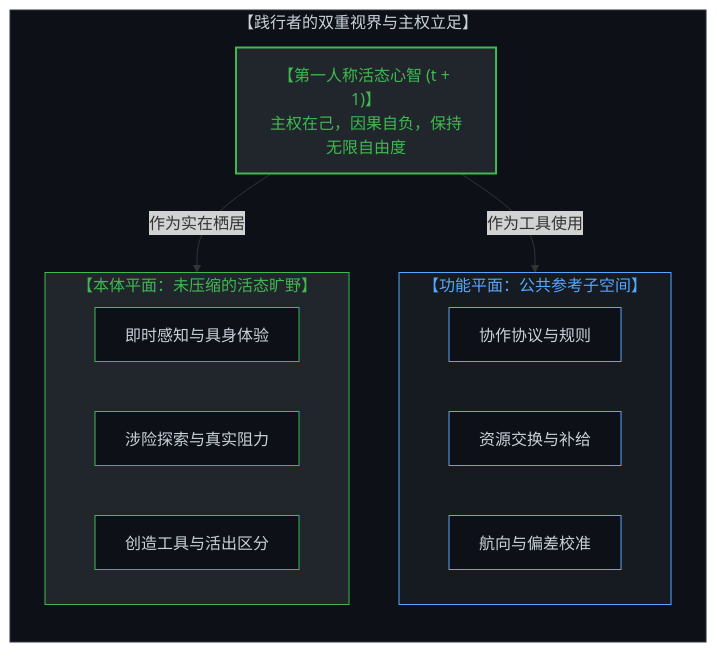
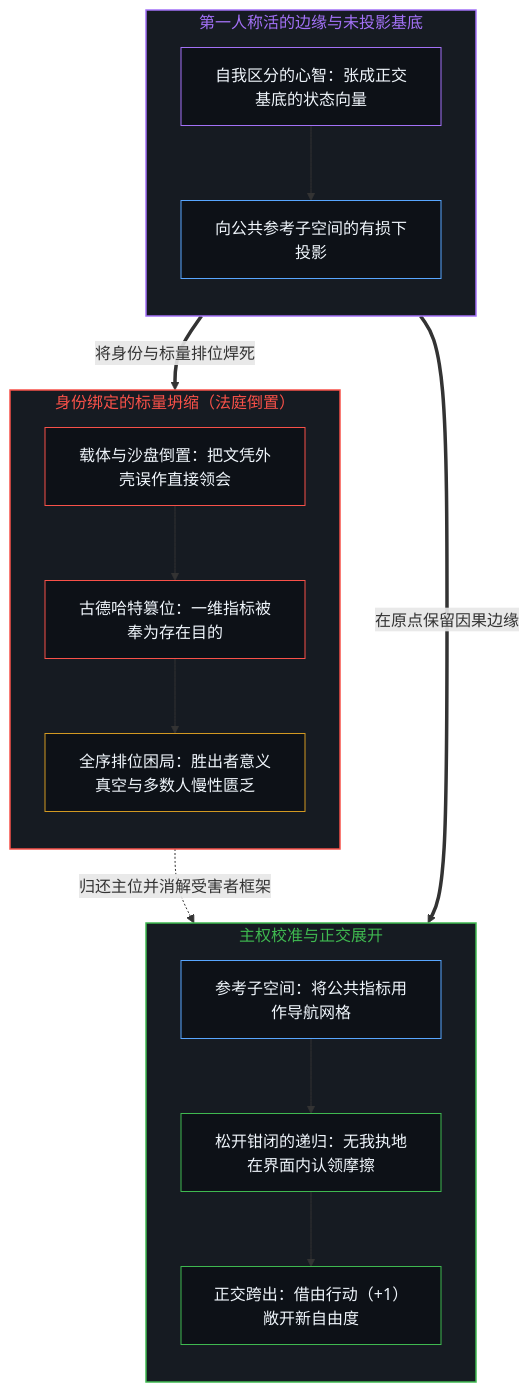
Before and after one commit to powerpig99/not-a-toe: the first of 2 diagrams in content/posts/coordinate-systems-mind-and-degrees-of-freedom.md, drawn with Mermaid. The commit also changed other lines of this file and 3 other files, not shown here.

````diff
--- a/content/posts/coordinate-systems-mind-and-degrees-of-freedom.md
+++ b/content/posts/coordinate-systems-mind-and-degrees-of-freedom.md
@@ -265,35 +41,41 @@
 ```mermaid
-graph TB
-    subgraph LivingPractice["【践行者的双重视界与主权立足】"]
+flowchart TD
+    subgraph S_Ground["第一人称活的边缘与未投影基底"]
         direction TB
-        MindOrigin["【第一人称活态心智 (t + 1)】<br>主权在己，因果自负，保持无限自由度"]
-        
-        subgraph FunctionalPlane["【功能平面：公共参考子空间】"]
-            direction LR
-            Protocol["协作协议与规则"]
-            Exchange["资源交换与补给"]
-            Calibration["航向与偏差校准"]
-        end
-        
-        subgraph DeepReality["【本体平面：未压缩的活态旷野】"]
-            direction LR
-            DirectSensation["即时感知与具身体验"]
-            AuthenticRisk["涉险探索与真实阻力"]
-            LivingCreation["创造工具与活出区分"]
-        end
-
-        MindOrigin -->|"作为工具使用"| FunctionalPlane
-        MindOrigin -->|"作为实在栖居"| DeepReality
+        Origin["自我区分的心智：张成正交基底的状态向量"]
+        Projection["向公共参考子空间的有损下投影"]
+        Origin --> Projection
     end
 
-    style LivingPractice fill:#0d1117,stroke:#30363d,stroke-width:1px,color:#c9d1d9
-    style MindOrigin fill:#21262d,stroke:#3fb950,stroke-width:2px,color:#3fb950
-    style FunctionalPlane fill:#161b22,stroke:#58a6ff,stroke-width:1px,color:#58a6ff
-    style DeepReality fill:#21262d,stroke:#3fb950,stroke-width:1px,color:#3fb950
-    style Protocol fill:#0d1117,stroke:#58a6ff,stroke-width:1px,color:#c9d1d9
-    style Exchange fill:#0d1117,stroke:#58a6ff,stroke-width:1px,color:#c9d1d9
-    style Calibration fill:#0d1117,stroke:#58a6ff,stroke-width:1px,color:#c9d1d9
-    style DirectSensation fill:#0d1117,stroke:#3fb950,stroke-width:1px,color:#c9d1d9
-    style AuthenticRisk fill:#0d1117,stroke:#3fb950,stroke-width:1px,color:#c9d1d9
-    style LivingCreation fill:#0d1117,stroke:#3fb950,stroke-width:1px,color:#c9d1d9
+    subgraph S_Trap["身份绑定的标量坍缩（法庭倒置）"]
+        direction TB
+        Mistake["载体与沙盘倒置：把文凭外壳误作直接领会"]
+        Goodhart["古德哈特篡位：一维指标被奉为存在目的"]
+        DualTrap["全序排位困局：胜出者意义真空与多数人慢性匮乏"]
+        Mistake --> Goodhart --> DualTrap
+    end
+
+    subgraph S_Sovereign["主权校准与正交展开"]
+        direction TB
+        Grid["参考子空间：将公共指标用作导航网格"]
+        Update["松开钳闭的递归：无我执地在界面内认领摩擦"]
+        Ortho["正交跨出：借由行动（+1）敞开新自由度"]
+        Grid --> Update --> Ortho
+    end
+
+    Projection ==>|"将身份与标量排位焊死"| Mistake
+    Projection ==>|"在原点保留因果边缘"| Grid
+    DualTrap -.->|"归还主位并消解受害者框架"| Grid
+
+    style S_Ground fill:#161b22,stroke:#a371f7,stroke-width:1.5px,color:#a371f7
+    style S_Trap fill:#161b22,stroke:#f85149,stroke-width:1.5px,color:#f85149
+    style S_Sovereign fill:#161b22,stroke:#3fb950,stroke-width:1.5px,color:#3fb950
+    style Origin fill:#0d1117,stroke:#a371f7,stroke-width:1px,color:#f0f6fc
+    style Projection fill:#0d1117,stroke:#58a6ff,stroke-width:1px,color:#f0f6fc
+    style Mistake fill:#0d1117,stroke:#f85149,stroke-width:1px,color:#f0f6fc
+    style Goodhart fill:#0d1117,stroke:#f85149,stroke-width:1px,color:#f0f6fc
+    style DualTrap fill:#0d1117,stroke:#d29922,stroke-width:1px,color:#f0f6fc
+    style Grid fill:#0d1117,stroke:#58a6ff,stroke-width:1px,color:#f0f6fc
+    style Update fill:#0d1117,stroke:#3fb950,stroke-width:1px,color:#f0f6fc
+    style Ortho fill:#0d1117,stroke:#3fb950,stroke-width:1px,color:#f0f6fc
 ```
````
